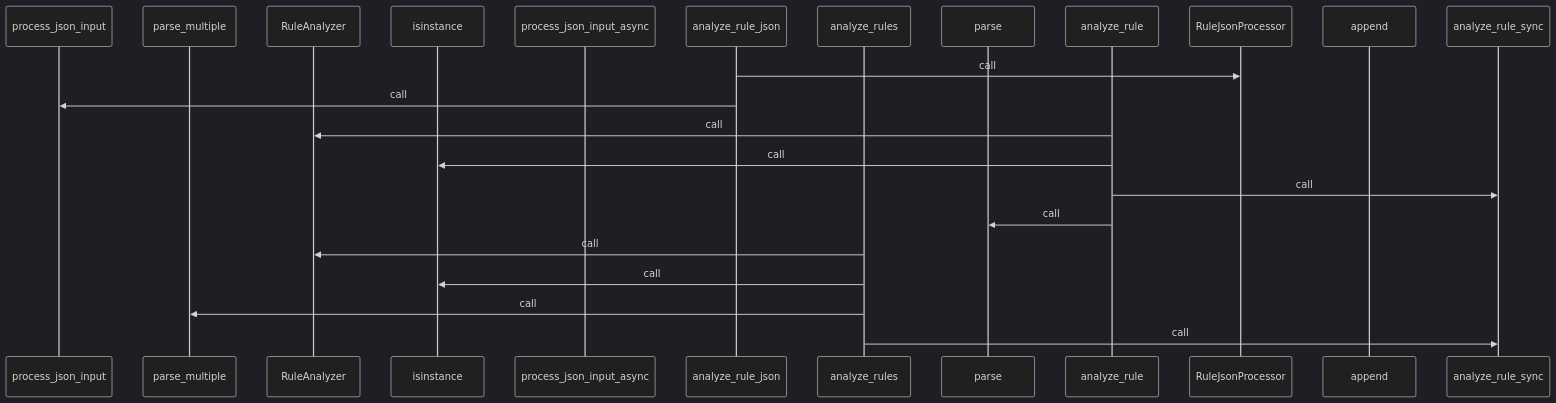
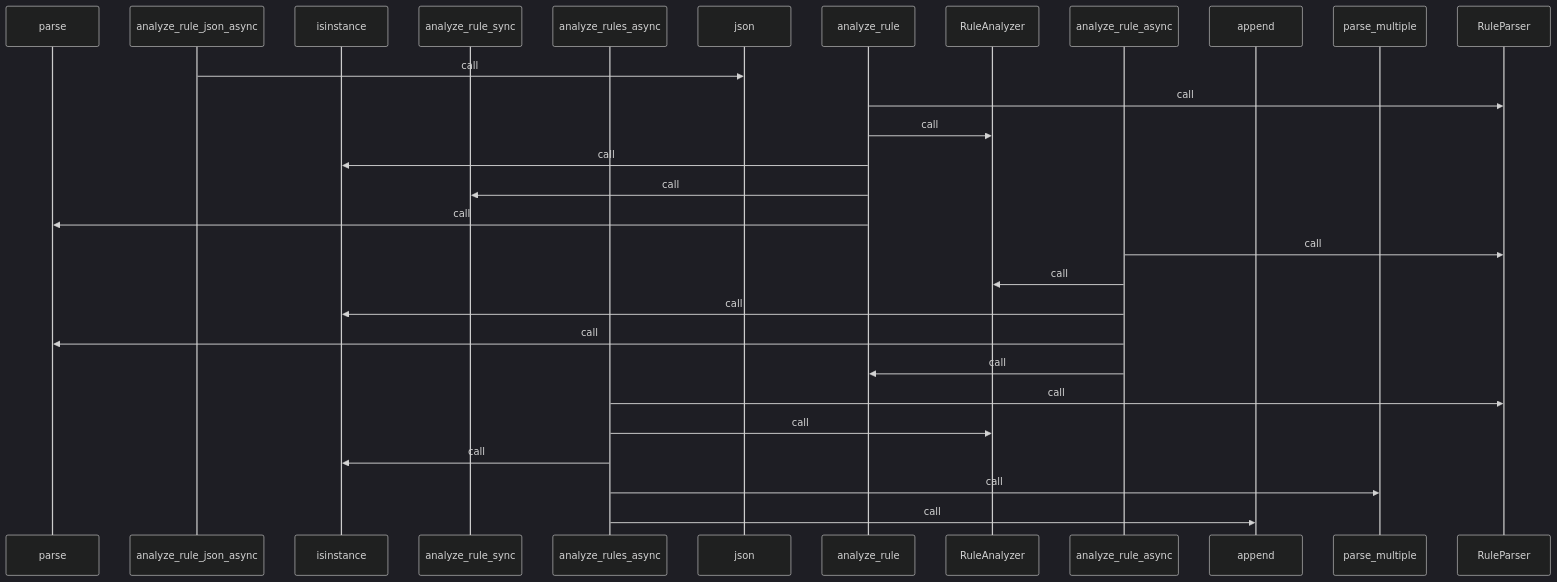
One commit to yeonjae-personal/codemuse-backend changed the ninth of 10 diagrams in generated_docs/rule_analyzer/__init__.md. Above: the diagram before and after it, drawn with Mermaid (dark theme). The commit also changed other lines of this file and 3378 other files, not shown here.

````diff
--- a/generated_docs/rule_analyzer/__init__.md
+++ b/generated_docs/rule_analyzer/__init__.md
@@ -580,25 +580,31 @@
 ```mermaid
 sequenceDiagram
-  participant process_json_input as process_json_input
+  participant parse as parse
+  participant analyze_rule_json_async as analyze_rule_json_async
+  participant isinstance as isinstance
+  participant analyze_rule_sync as analyze_rule_sync
+  participant analyze_rules_async as analyze_rules_async
+  participant json as json
+  participant analyze_rule as analyze_rule
+  participant RuleAnalyzer as RuleAnalyzer
+  participant analyze_rule_async as analyze_rule_async
+  participant append as append
   participant parse_multiple as parse_multiple
-  participant RuleAnalyzer as RuleAnalyzer
-  participant isinstance as isinstance
-  participant process_json_input_async as process_json_input_async
-  participant analyze_rule_json as analyze_rule_json
-  participant analyze_rules as analyze_rules
-  participant parse as parse
-  participant analyze_rule as analyze_rule
-  participant RuleJsonProcessor as RuleJsonProcessor
-  participant append as append
-  participant analyze_rule_sync as analyze_rule_sync
-  analyze_rule_json->>RuleJsonProcessor: call
-  analyze_rule_json->>process_json_input: call
+  participant RuleParser as RuleParser
+  analyze_rule_json_async->>json: call
+  analyze_rule->>RuleParser: call
   analyze_rule->>RuleAnalyzer: call
   analyze_rule->>isinstance: call
   analyze_rule->>analyze_rule_sync: call
   analyze_rule->>parse: call
-  analyze_rules->>RuleAnalyzer: call
-  analyze_rules->>isinstance: call
-  analyze_rules->>parse_multiple: call
-  analyze_rules->>analyze_rule_sync: call
+  analyze_rule_async->>RuleParser: call
+  analyze_rule_async->>RuleAnalyzer: call
+  analyze_rule_async->>isinstance: call
+  analyze_rule_async->>parse: call
+  analyze_rule_async->>analyze_rule: call
+  analyze_rules_async->>RuleParser: call
+  analyze_rules_async->>RuleAnalyzer: call
+  analyze_rules_async->>isinstance: call
+  analyze_rules_async->>parse_multiple: call
+  analyze_rules_async->>append: call
 ```
````
